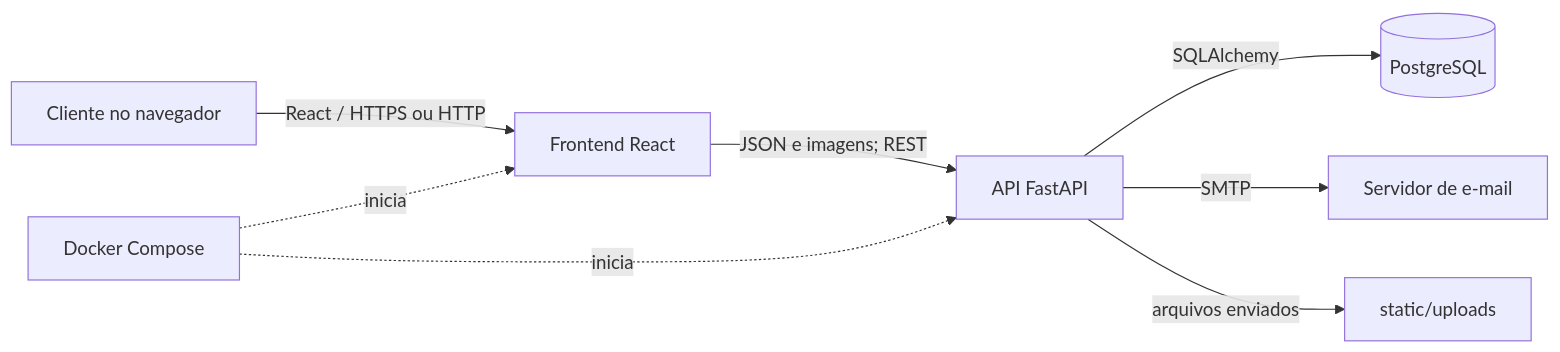
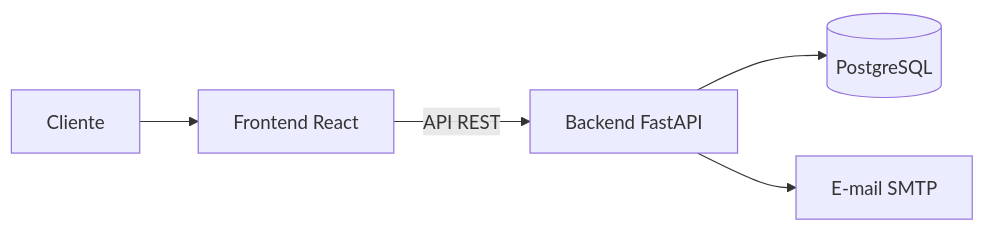
Before and after one commit to JohnLouisMaker/menuu-deliver: the diagram in README.md, drawn with Mermaid. The commit also changed other lines of this file, not shown here.

````diff
--- a/README.md
+++ b/README.md
@@ -35,10 +15,7 @@
 ```mermaid
 flowchart LR
-    U[Cliente no navegador] -->|React / HTTPS ou HTTP| F[Frontend React]
-    F -->|JSON e imagens; REST| A[API FastAPI]
-    A -->|SQLAlchemy| DB[(PostgreSQL)]
-    A -->|SMTP| MAIL[Servidor de e-mail]
-    A -->|arquivos enviados| S[static/uploads]
-    D[Docker Compose] -. inicia .-> F
-    D -. inicia .-> A
+    C[Cliente] --> F[Frontend React]
+    F -->|API REST| B[Backend FastAPI]
+    B --> D[(PostgreSQL)]
+    B --> E[E-mail SMTP]
 ```
````
